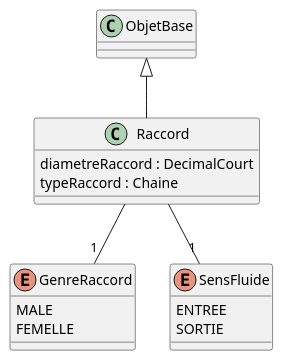
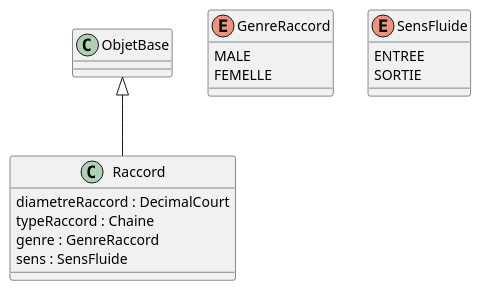
The diagram in raccord.iuml (beerfactory/brewbox-uml), drawn with PlantUML before and after one commit. The commit also changed 3 other files, not shown here.

```diff
--- a/raccord.iuml
+++ b/raccord.iuml
@@ -1,18 +1,18 @@
 class Raccord {
     diametreRaccord : DecimalCourt
     typeRaccord : Chaine
+    genre : GenreRaccord
+    sens : SensFluide
 }
 
 enum GenreRaccord {
     MALE
     FEMELLE
 }
 
 enum SensFluide {
 	ENTREE
 	SORTIE
 }
 
 ObjetBase <|-- Raccord
-Raccord -- "1" GenreRaccord
-Raccord -- "1" SensFluide
```
